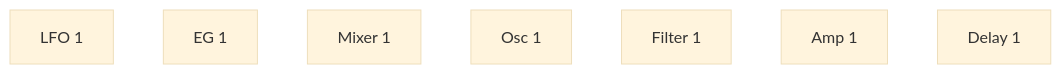
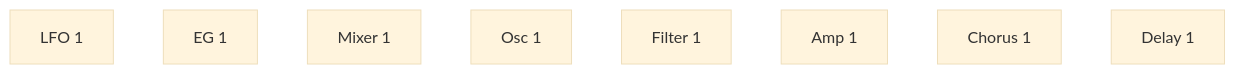
Before and after one commit to risgk/midi_synthesizer_spms1: the second of 6 diagrams in spms1_type2/README.ja.md, drawn with Mermaid (base theme). The commit also changed other lines of this file and 10 other files, not shown here.

First line of the commit message:
type-2: Add Chorus 1 (mono in, stereo out) before Delay 1, make Delay 1 stereo, and make the final output stereo

````diff
--- a/spms1_type2/README.ja.md
+++ b/spms1_type2/README.ja.md
@@ -169,4 +178,4 @@
 ```mermaid
 flowchart LR
-  LFO[LFO 1] ~~~ EG[EG 1] ~~~ MIX1[Mixer 1] ~~~ OSC[Osc 1] ~~~ FILTER[Filter 1] ~~~ AMP[Amp 1] ~~~ DELAY[Delay 1]
+  LFO[LFO 1] ~~~ EG[EG 1] ~~~ MIX1[Mixer 1] ~~~ OSC[Osc 1] ~~~ FILTER[Filter 1] ~~~ AMP[Amp 1] ~~~ CHORUS[Chorus 1] ~~~ DELAY[Delay 1]
 ```
````
